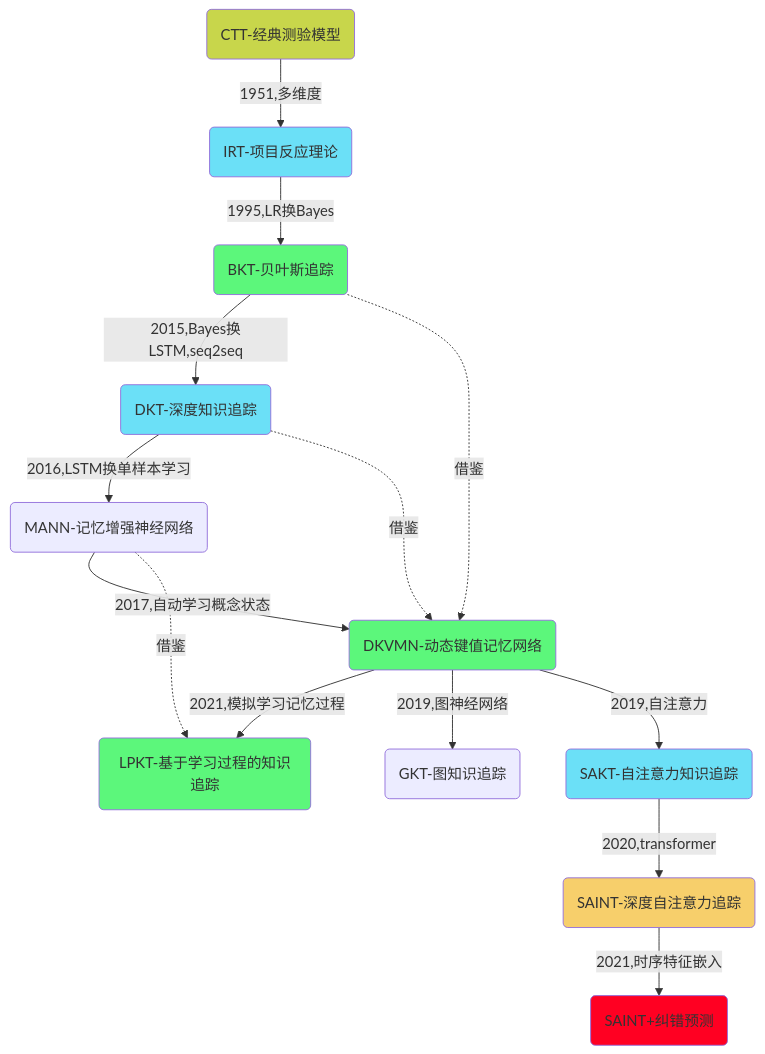
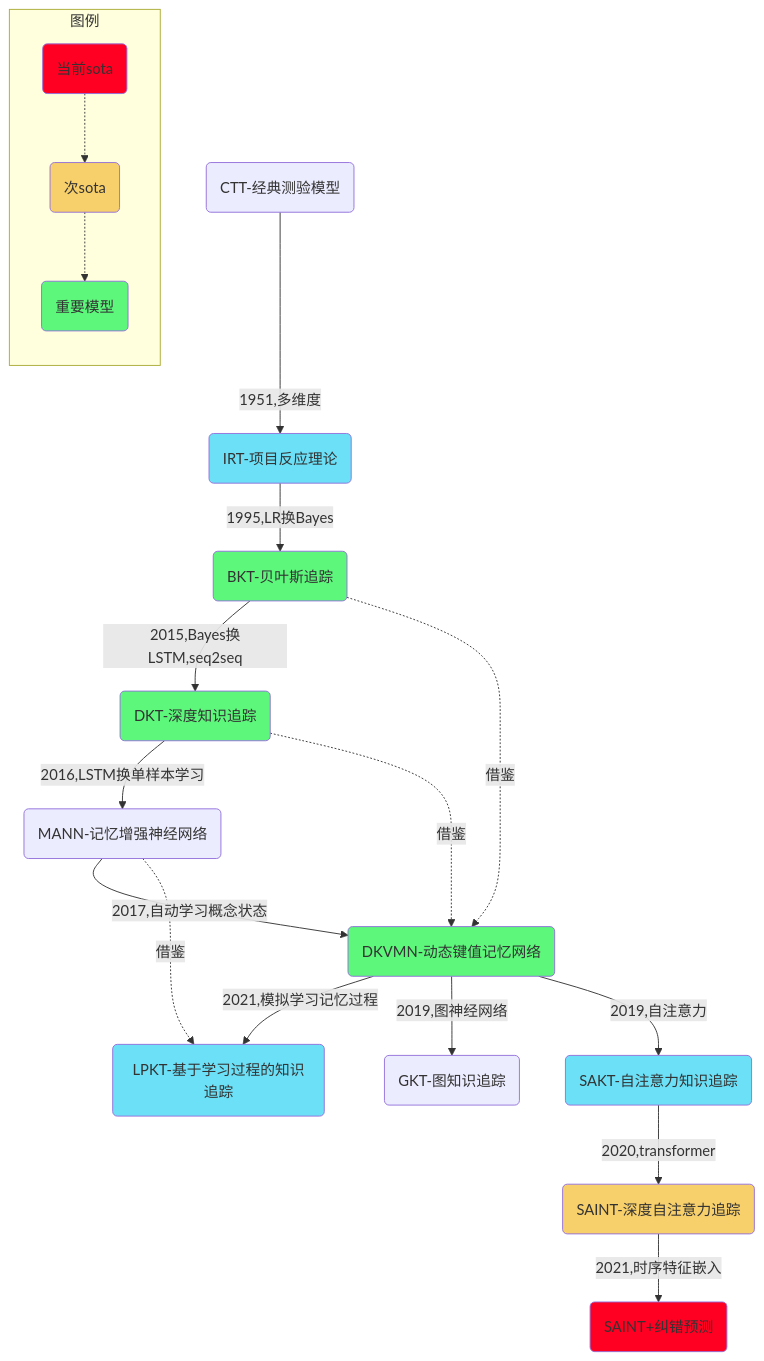
One commit to Gaohaoyang/gaohaoyang.github.io changed the diagram in _posts/2020-11-20-knowledge-tracing.md. Above: the diagram before and after it, drawn with Mermaid. The commit also changed other lines of this file, not shown here.

Commit message:
演化图更新

```diff
--- a/_posts/2020-11-20-knowledge-tracing.md
+++ b/_posts/2020-11-20-knowledge-tracing.md
@@ -109,34 +101,40 @@
 <div class="mermaid">
-graph TD
+
+    graph TD
     %%知识追踪发展历程
     %%根节点
     A(CTT-经典测验模型):::light
     %%classDef s fill:#6BE0F7; %%颜色定义
-    style A fill:#C8D64B;
-    style B fill:#6BE0F7;
-    style C fill:#5CF77B;
-    style D fill:#6BE0F7;
-    style F fill:#5CF77B;
-    style L fill:#5CF77B;
-    style S fill:#6BE0F7;
-    style M fill:#F7CF6B;
-    style N fill:#f02;
+    classDef red fill:#f02;
+    classDef green fill:#5CF77B;
+    classDef blue fill:#6BE0F7;
+    classDef orange fill:#F7CF6B;
+    classDef start fill:#C8D64B;
+    %%style N fill:#f02;
     %%节点关系定义
-    A -->|1951,多维度| B(IRT-项目反应理论)
-    B -->|1995,LR换Bayes| C(BKT-贝叶斯追踪)
-    C -->|2015,Bayes换LSTM,seq2seq| D(DKT-深度知识追踪)
+    A -->|1951,多维度| B(IRT-项目反应理论):::blue
+    B -->|1995,LR换Bayes| C(BKT-贝叶斯追踪):::green
+    C -->|2015,Bayes换LSTM,seq2seq| D(DKT-深度知识追踪):::green
     D -->|2016,LSTM换单样本学习| E(MANN-记忆增强神经网络)
-    E -->|2017,自动学习概念状态| F(DKVMN-动态键值记忆网络)
+    E -->|2017,自动学习概念状态| F(DKVMN-动态键值记忆网络):::green
     C -.->|借鉴| F
     D -.->|借鉴| F
-    F -->|2021,模拟学习记忆过程| L(LPKT-基于学习过程的知识追踪)
+    F -->|2021,模拟学习记忆过程| L(LPKT-基于学习过程的知识追踪):::blue
     E -.->|借鉴| L
     F -->|2019,图神经网络| G(GKT-图知识追踪)
-    F -->|2019,自注意力| S(SAKT-自注意力知识追踪)
-    S -->|2020,transformer| M(SAINT-深度自注意力追踪)
-    M -->|2021,时序特征嵌入| N(SAINT+纠错预测)
+    F -->|2019,自注意力| S(SAKT-自注意力知识追踪):::blue
+    S -->|2020,transformer| M(SAINT-深度自注意力追踪):::orange
+    M -->|2021,时序特征嵌入| N(SAINT+纠错预测):::red
+    %%注释
+    subgraph 图例
+        direction TB
+        x(当前sota):::red
+        y(次sota):::orange
+        z(重要模型):::green
+        x -.->y -.->z
+    end
     %%点击行为设置
     click C "https://wqw547243068.github.io/dkt#bkt" "bkt"
     click D "https://wqw547243068.github.io/dkt#dkt" "dkt"
     click F "https://wqw547243068.github.io/dkt#dkvmn%E6%A8%A1%E5%9E%8B" "dkvmn"
 </div>
```
